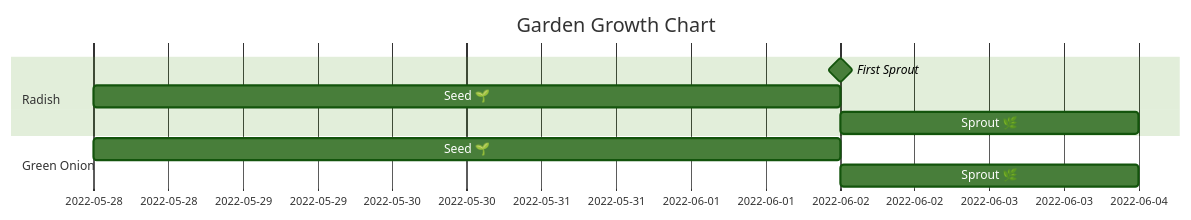
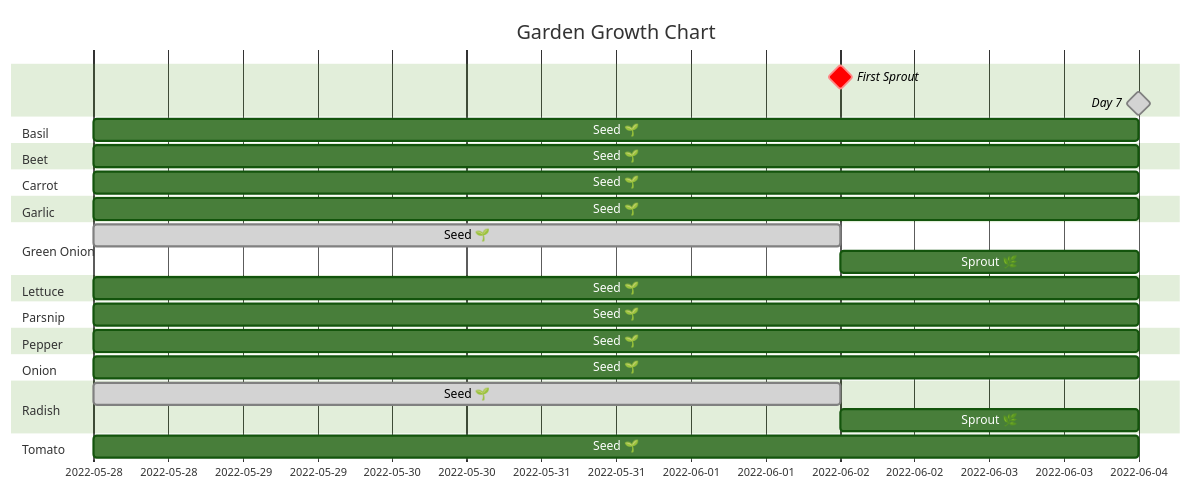
Before and after one commit to ktmeaton/balcony-garden: the diagram in _posts/2022-06-04-day-7-sprouts.md, drawn with Mermaid (forest theme). The commit also changed 10 other files, not shown here.

```diff
--- a/_posts/2022-06-04-day-7-sprouts.md
+++ b/_posts/2022-06-04-day-7-sprouts.md
@@ -29,12 +29,43 @@
 <div class="mermaid">
 gantt
     title Garden Growth Chart
     dateFormat  YYYY-MM-DD
+    First Sprout  :crit, milestone,         2022-06-02, 2022-06-02,2min
+    Day 7         :done, milestone,          2022-06-04,             2022-06-04,2min
+
+    section Basil
+      Seed 🌱     :basil-seed,         2022-05-28,             2022-06-04
+
+    section Beet
+      Seed 🌱     :beet-seed,          2022-05-28,             2022-06-04 
+
+    section Carrot
+      Seed 🌱     :carrot-seed,        2022-05-28,             2022-06-04
+
+    section Garlic
+      Seed 🌱     :garlic-seed,        2022-05-28,             2022-06-04
+
+    section Green Onion
+      Seed 🌱     :done, green-onion-seed,   2022-05-28,             2022-06-02
+      Sprout 🌿   :green-onion-sprout, after green-onion-seed, 2022-06-04
+
+    section Lettuce
+      Seed 🌱     :lettuce-seed,       2022-05-28,             2022-06-04
+
+    section Parsnip
+      Seed 🌱     :parsnip-seed,       2022-05-28,             2022-06-04
+
+    section Pepper
+      Seed 🌱     :pepper-seed,        2022-05-28,             2022-06-04
+
+    section Onion
+      Seed 🌱     :onion-seed,         2022-05-28,             2022-06-04
+
     section Radish
-    First Sprout :milestone,         2022-06-02, 2022-06-02,2min
-    Seed 🌱     :radish-seed,        2022-05-28,             5d
-    Sprout 🌿   :radish-sprout,      after radish-seed,      2d
-    section Green Onion
-    Seed 🌱     :green-onion-seed,   2022-05-28,             5d
-    Sprout 🌿   :green-onion-sprout, after green-onion-seed, 2d
+      Seed 🌱     :done,radish-seed,   2022-05-28,             2022-06-02
+      Sprout 🌿   :radish-sprout,      after radish-seed,      2022-06-04
+
+    section Tomato
+      Seed 🌱     :tomato-seed,        2022-05-28,             2022-06-04
+     
 </div>
```
